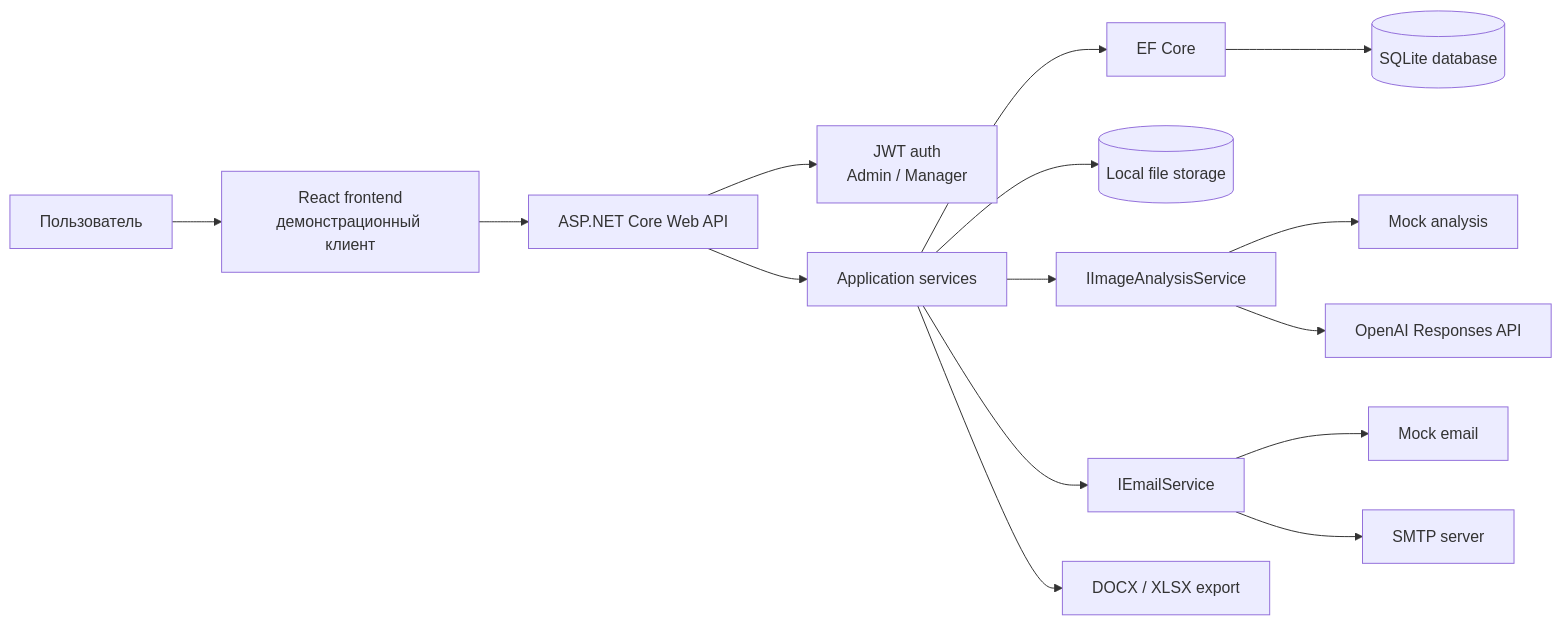
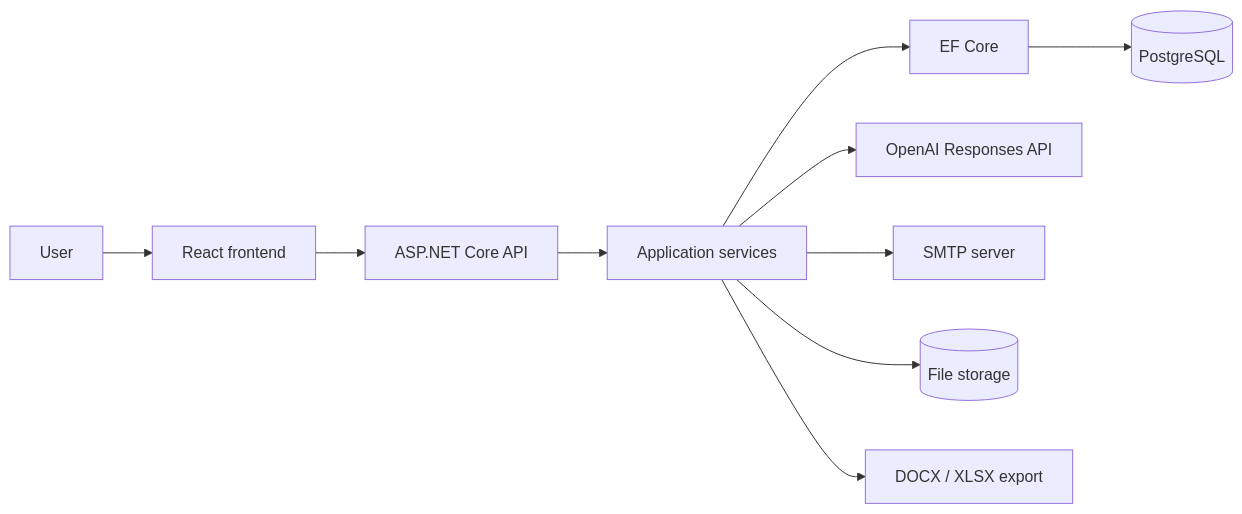
Before and after one commit to steel-snake-sx/car-damages-ai: the first of 2 diagrams in README.md, drawn with Mermaid. The commit also changed other lines of this file, not shown here.

````diff
--- a/README.md
+++ b/README.md
@@ -75,23 +64,13 @@
 ```mermaid
 flowchart LR
-    User[Пользователь] --> Frontend[React frontend<br/>демонстрационный клиент]
-    Frontend --> Api[ASP.NET Core Web API]
+    User[User] --> Frontend[React frontend]
+    Frontend --> Api[ASP.NET Core API]
+    Api --> Services[Application services]
+    Services --> Ef[EF Core]
+    Ef --> Db[(PostgreSQL)]
 
-    Api --> Auth[JWT auth<br/>Admin / Manager]
-    Api --> Services[Application services]
-
-    Services --> Ef[EF Core]
-    Ef --> Db[(SQLite database)]
-
-    Services --> Files[(Local file storage)]
-
-    Services --> ImageContract[IImageAnalysisService]
-    ImageContract --> MockAi[Mock analysis]
-    ImageContract --> OpenAi[OpenAI Responses API]
-
-    Services --> EmailContract[IEmailService]
-    EmailContract --> MockEmail[Mock email]
-    EmailContract --> Smtp[SMTP server]
-
+    Services --> OpenAi[OpenAI Responses API]
+    Services --> Smtp[SMTP server]
+    Services --> Files[(File storage)]
     Services --> Export[DOCX / XLSX export]
 ```
````
